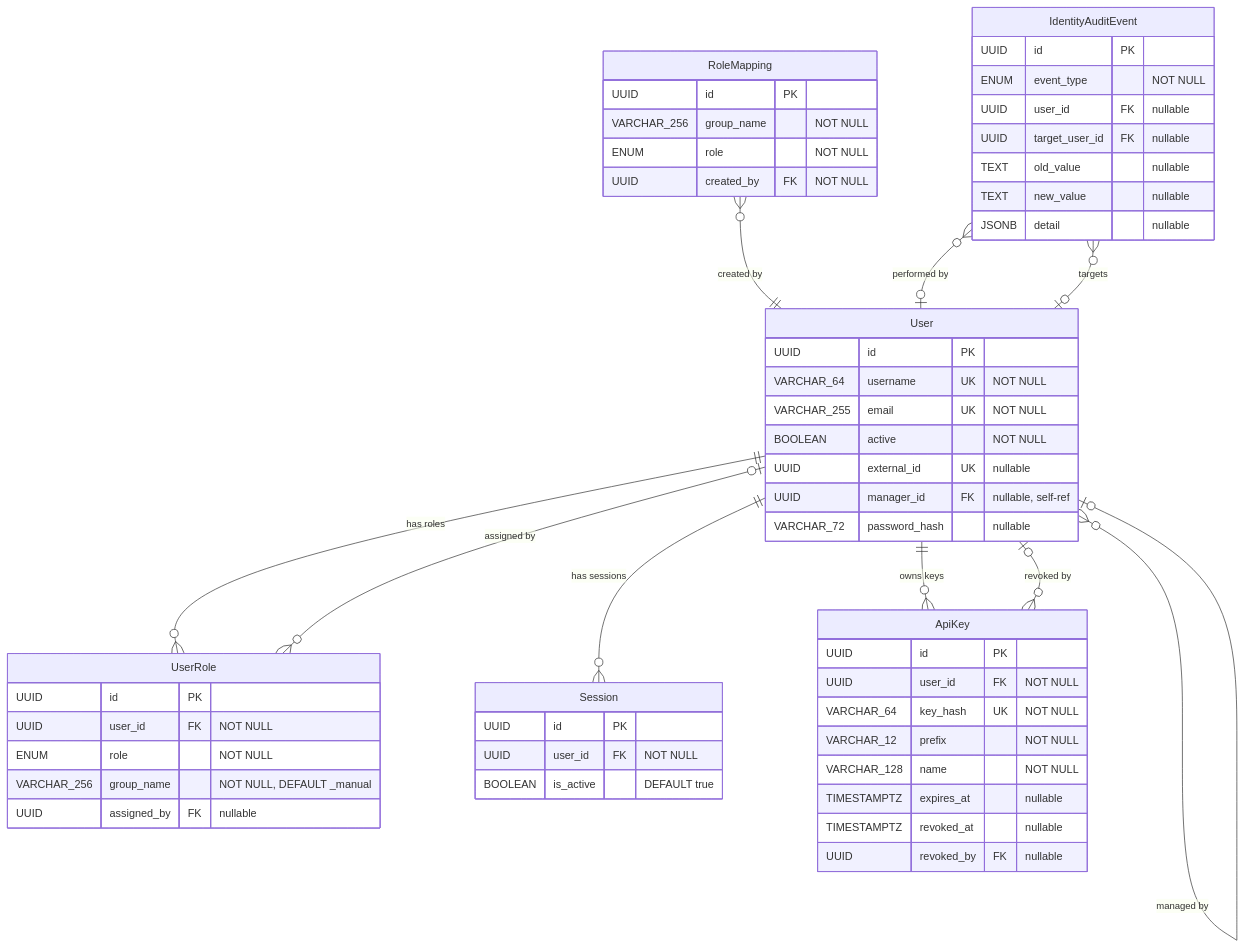
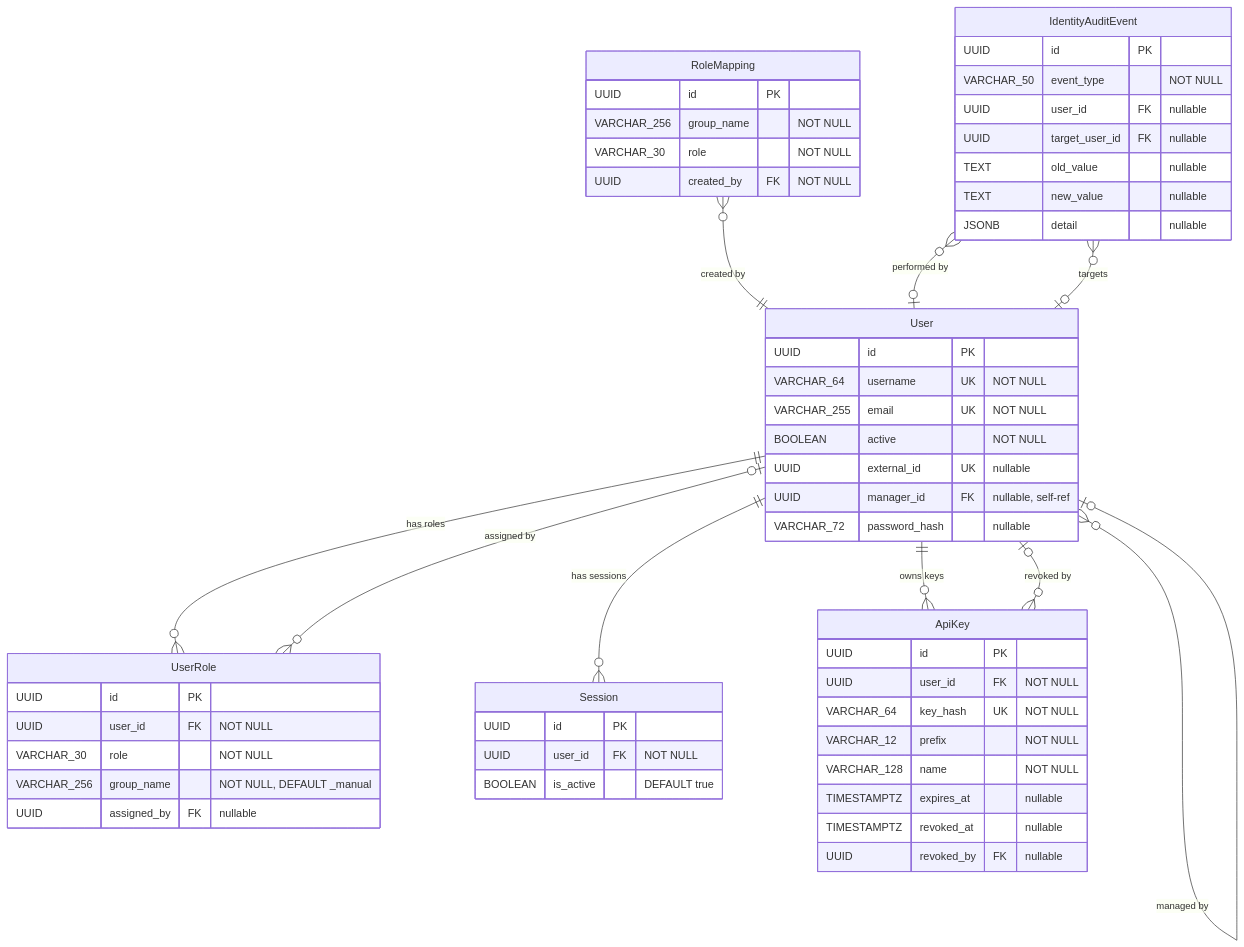
One commit to StayPirate/STAMP changed the fourth of 6 diagrams in docs/data-model.md. Above: the diagram before and after it, drawn with Mermaid. The commit also changed other lines of this file and 14 other files, not shown here.

````diff
--- a/docs/data-model.md
+++ b/docs/data-model.md
@@ -254,59 +254,59 @@
 ```mermaid
 erDiagram
     User {
         UUID id PK
         VARCHAR_64 username UK "NOT NULL"
         VARCHAR_255 email UK "NOT NULL"
         BOOLEAN active "NOT NULL"
         UUID external_id UK "nullable"
         UUID manager_id FK "nullable, self-ref"
         VARCHAR_72 password_hash "nullable"
     }
     UserRole {
         UUID id PK
         UUID user_id FK "NOT NULL"
-        ENUM role "NOT NULL"
+        VARCHAR_30 role "NOT NULL"
         VARCHAR_256 group_name "NOT NULL, DEFAULT _manual"
         UUID assigned_by FK "nullable"
     }
     RoleMapping {
         UUID id PK
         VARCHAR_256 group_name "NOT NULL"
-        ENUM role "NOT NULL"
+        VARCHAR_30 role "NOT NULL"
         UUID created_by FK "NOT NULL"
     }
     Session {
         UUID id PK
         UUID user_id FK "NOT NULL"
         BOOLEAN is_active "DEFAULT true"
     }
     ApiKey {
         UUID id PK
         UUID user_id FK "NOT NULL"
         VARCHAR_64 key_hash UK "NOT NULL"
         VARCHAR_12 prefix "NOT NULL"
         VARCHAR_128 name "NOT NULL"
         TIMESTAMPTZ expires_at "nullable"
         TIMESTAMPTZ revoked_at "nullable"
         UUID revoked_by FK "nullable"
     }
     IdentityAuditEvent {
         UUID id PK
-        ENUM event_type "NOT NULL"
+        VARCHAR_50 event_type "NOT NULL"
         UUID user_id FK "nullable"
         UUID target_user_id FK "nullable"
         TEXT old_value "nullable"
         TEXT new_value "nullable"
         JSONB detail "nullable"
     }
 
     User ||--o{ UserRole : "has roles"
     User ||--o{ Session : "has sessions"
     User ||--o{ ApiKey : "owns keys"
     User }o--o| User : "managed by"
     UserRole }o--o| User : "assigned by"
     RoleMapping }o--|| User : "created by"
     ApiKey }o--o| User : "revoked by"
     IdentityAuditEvent }o--o| User : "performed by"
     IdentityAuditEvent }o--o| User : "targets"
 ```
````
